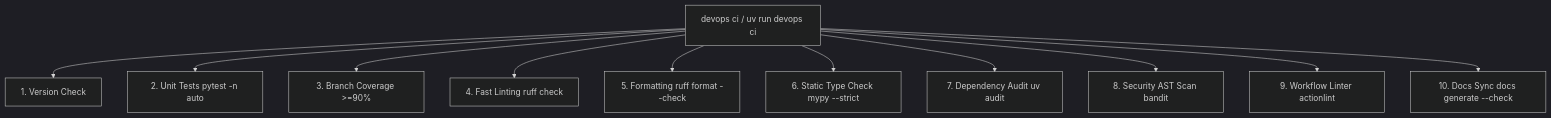
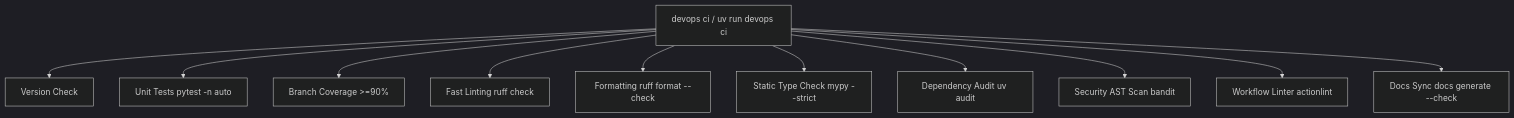
Before and after one commit to dan-petty/devops-cli: the diagram in src/devops_cli/ai/knowledge_base/devops_cli/tasks/ci_quality_gate.md, drawn with Mermaid (dark theme). The commit also changed other lines of this file and 368 other files, not shown here.

````diff
--- a/src/devops_cli/ai/knowledge_base/devops_cli/tasks/ci_quality_gate.md
+++ b/src/devops_cli/ai/knowledge_base/devops_cli/tasks/ci_quality_gate.md
@@ -11,13 +11,13 @@
 ```mermaid
 graph TD
-    A[devops ci / uv run devops ci] --> B[1. Version Check]
-    A --> C[2. Unit Tests pytest -n auto]
-    A --> D[3. Branch Coverage >=90%]
-    A --> E[4. Fast Linting ruff check]
-    A --> F[5. Formatting ruff format --check]
-    A --> G[6. Static Type Check mypy --strict]
-    A --> H[7. Dependency Audit uv audit]
-    A --> I[8. Security AST Scan bandit]
-    A --> J[9. Workflow Linter actionlint]
-    A --> K[10. Docs Sync docs generate --check]
+    A[devops ci / uv run devops ci] --> B[Version Check]
+    A --> C[Unit Tests pytest -n auto]
+    A --> D[Branch Coverage >=90%]
+    A --> E[Fast Linting ruff check]
+    A --> F[Formatting ruff format --check]
+    A --> G[Static Type Check mypy --strict]
+    A --> H[Dependency Audit uv audit]
+    A --> I[Security AST Scan bandit]
+    A --> J[Workflow Linter actionlint]
+    A --> K[Docs Sync docs generate --check]
 ```
````
